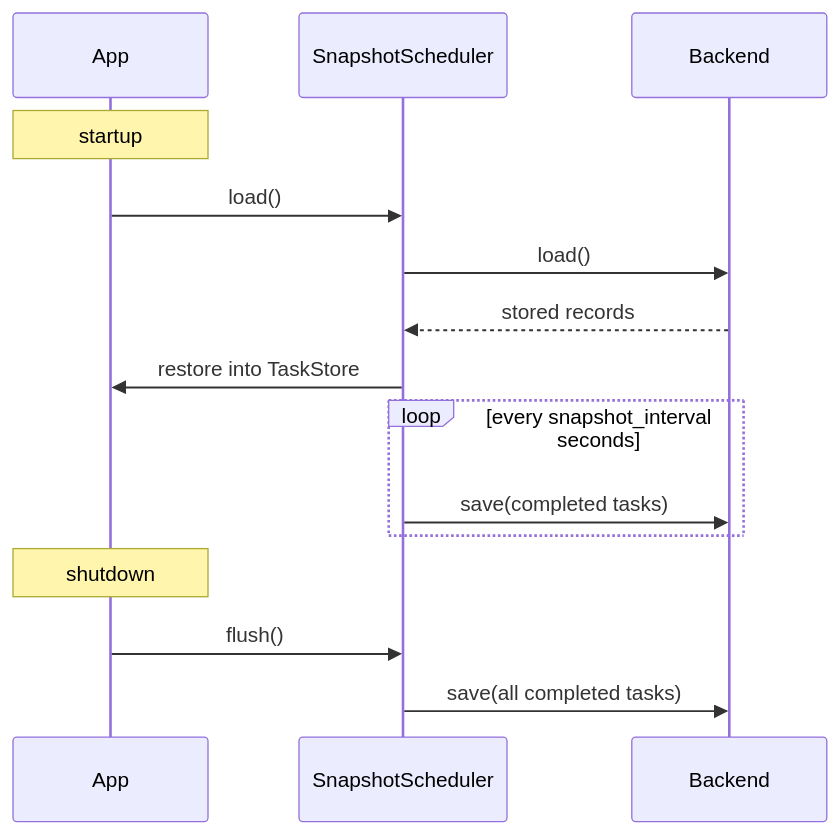
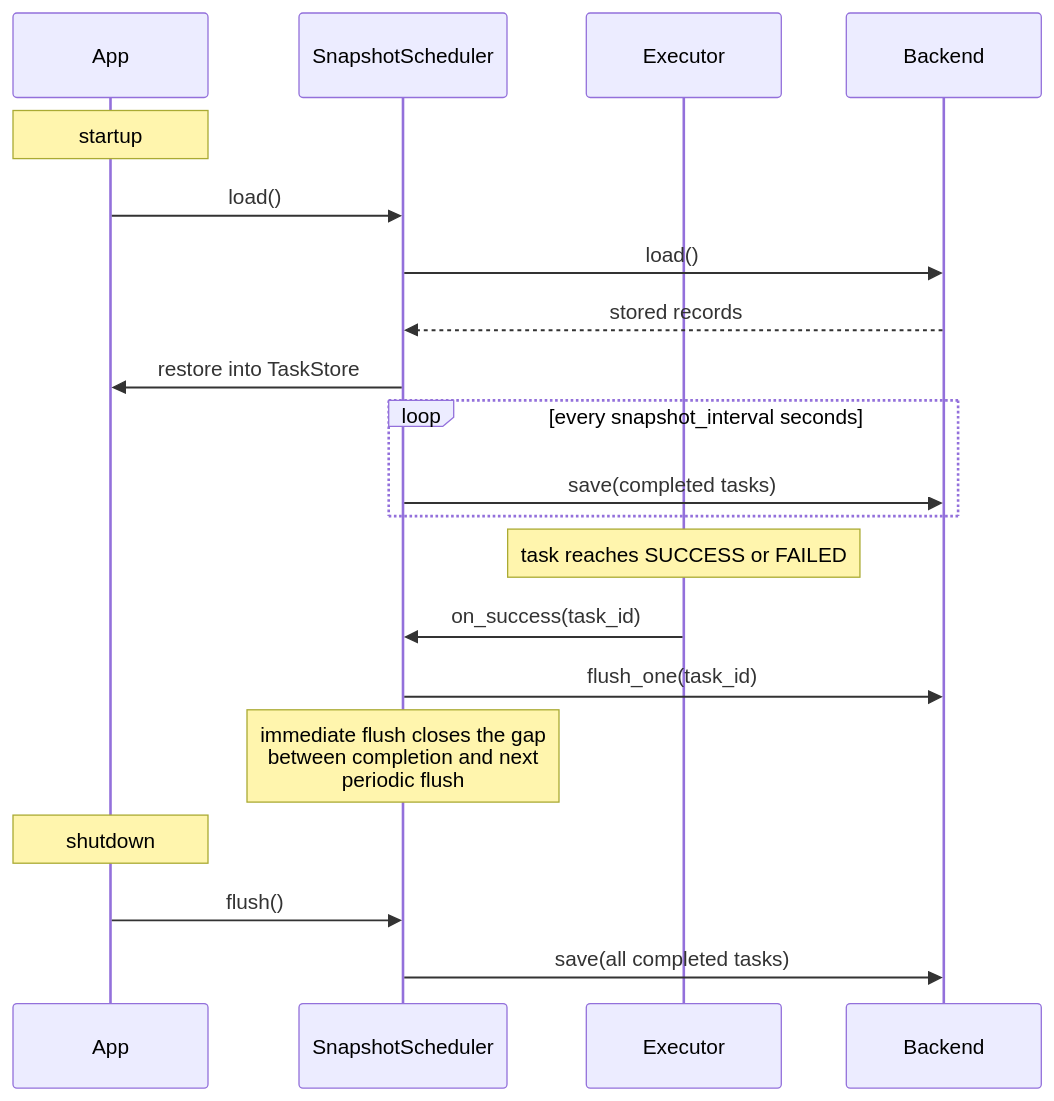
Before and after one commit to Attakay78/fastapi-taskflow: the diagram in docs/guide/persistence.md, drawn with Mermaid. The commit also changed 52 other files, not shown here.

````diff
--- a/docs/guide/persistence.md
+++ b/docs/guide/persistence.md
@@ -40,20 +40,26 @@
 ```mermaid
 sequenceDiagram
     participant App
     participant SnapshotScheduler
+    participant Executor
     participant Backend
 
     Note over App: startup
     App->>SnapshotScheduler: load()
     SnapshotScheduler->>Backend: load()
     Backend-->>SnapshotScheduler: stored records
     SnapshotScheduler->>App: restore into TaskStore
 
     loop every snapshot_interval seconds
         SnapshotScheduler->>Backend: save(completed tasks)
     end
 
+    Note over Executor: task reaches SUCCESS or FAILED
+    Executor->>SnapshotScheduler: on_success(task_id)
+    SnapshotScheduler->>Backend: flush_one(task_id)
+    Note over SnapshotScheduler: immediate flush closes the gap<br/>between completion and next<br/>periodic flush
+
     Note over App: shutdown
     App->>SnapshotScheduler: flush()
     SnapshotScheduler->>Backend: save(all completed tasks)
 ```
````
